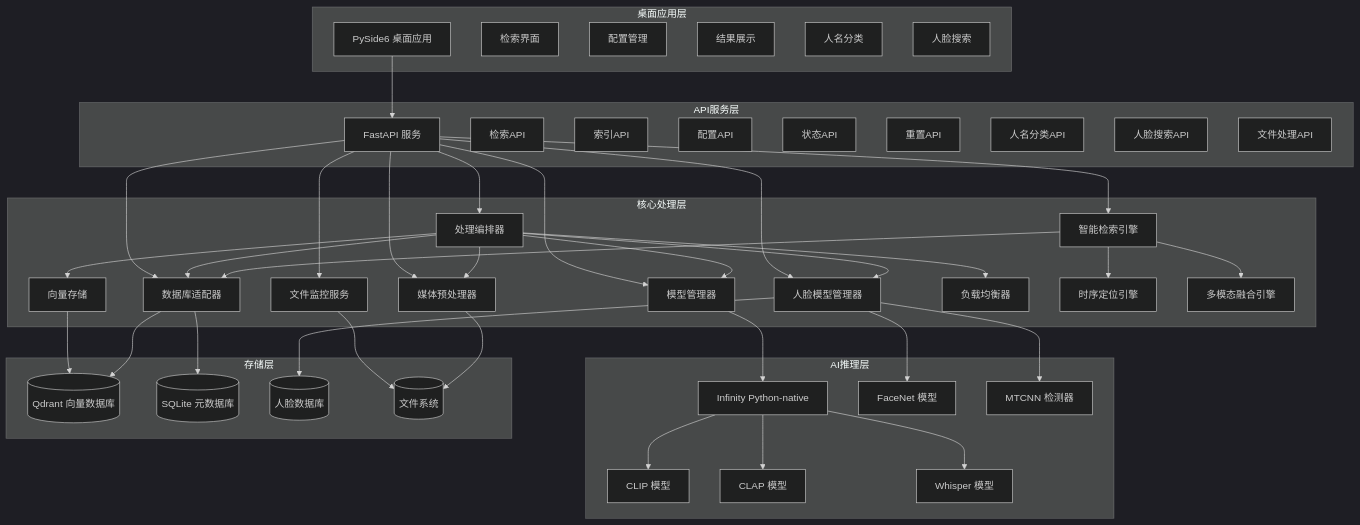
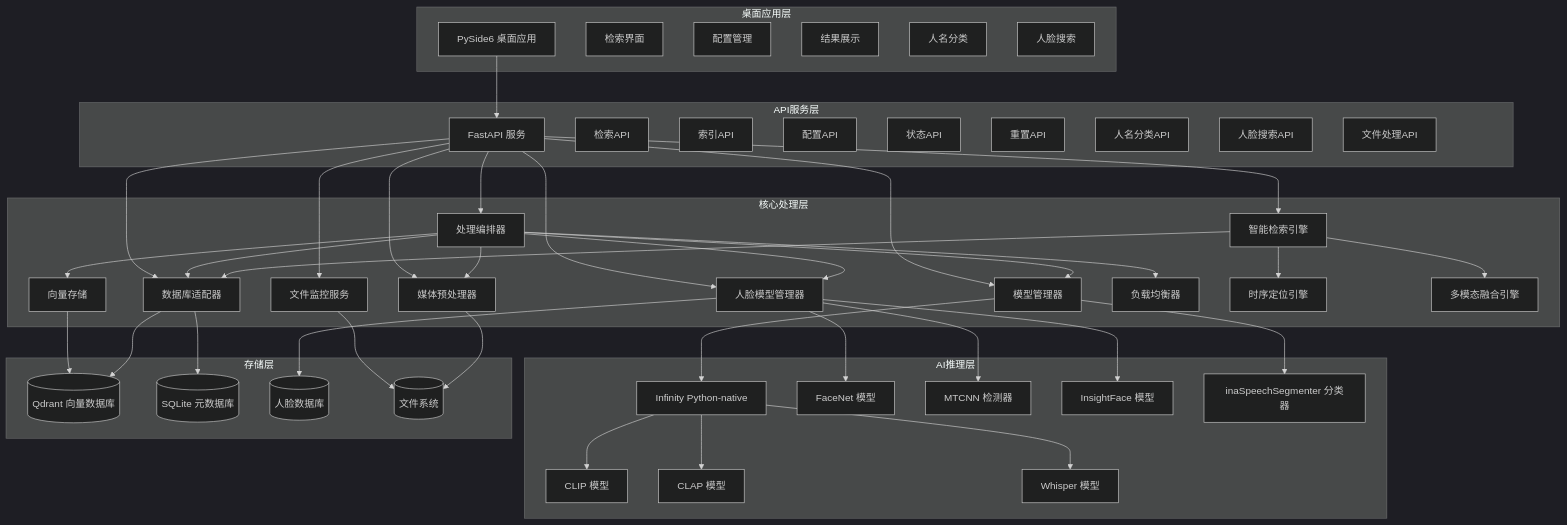
One commit to cr4342/msearch changed the diagram in IFLOW.md. Above: the diagram before and after it, drawn with Mermaid (dark theme). The commit also changed other lines of this file and 106 other files, not shown here.

```diff
--- a/IFLOW.md
+++ b/IFLOW.md
@@ -77,6 +79,8 @@
         Whisper[Whisper 模型]
         FaceNet[FaceNet 模型]
         MTCNN[MTCNN 检测器]
+        InsightFace[InsightFace 模型]
+        inaSpeechSegmenter[inaSpeechSegmenter 分类器]
     end
     
     subgraph "存储层"
@@ -105,6 +109,8 @@
     ModelManager --> Infinity
     FaceModelManager --> FaceNet
     FaceModelManager --> MTCNN
+    FaceModelManager --> InsightFace
+    ModelManager --> inaSpeechSegmenter
     SmartRetrieval --> DBAdapter
     SmartRetrieval --> TemporalLocalizer
     SmartRetrieval --> MultimodalFusion
```
